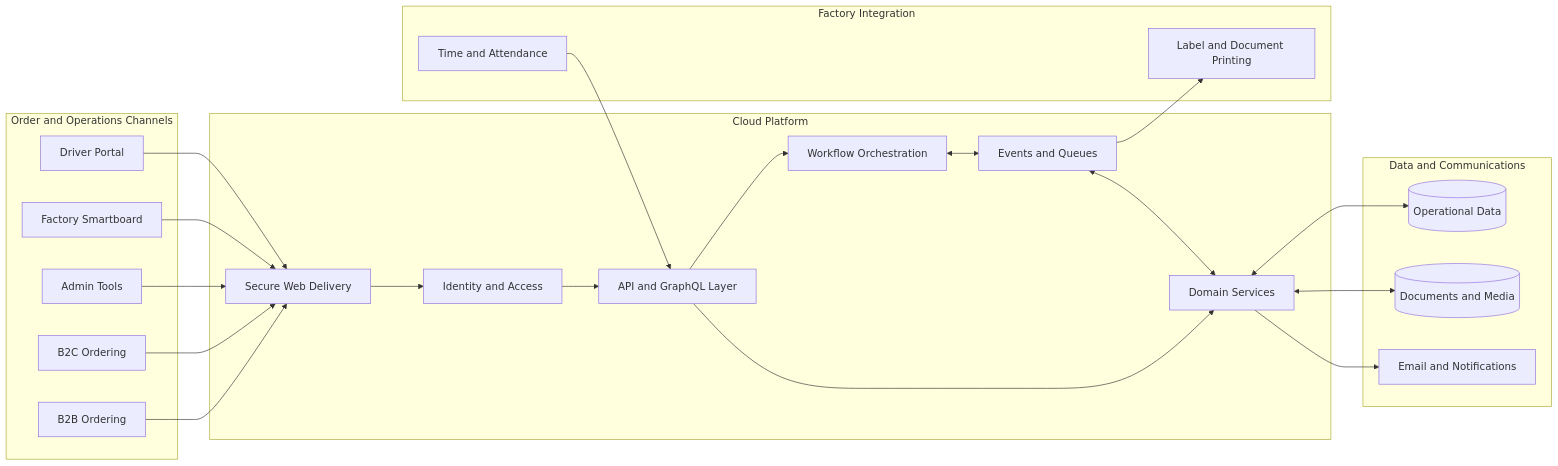
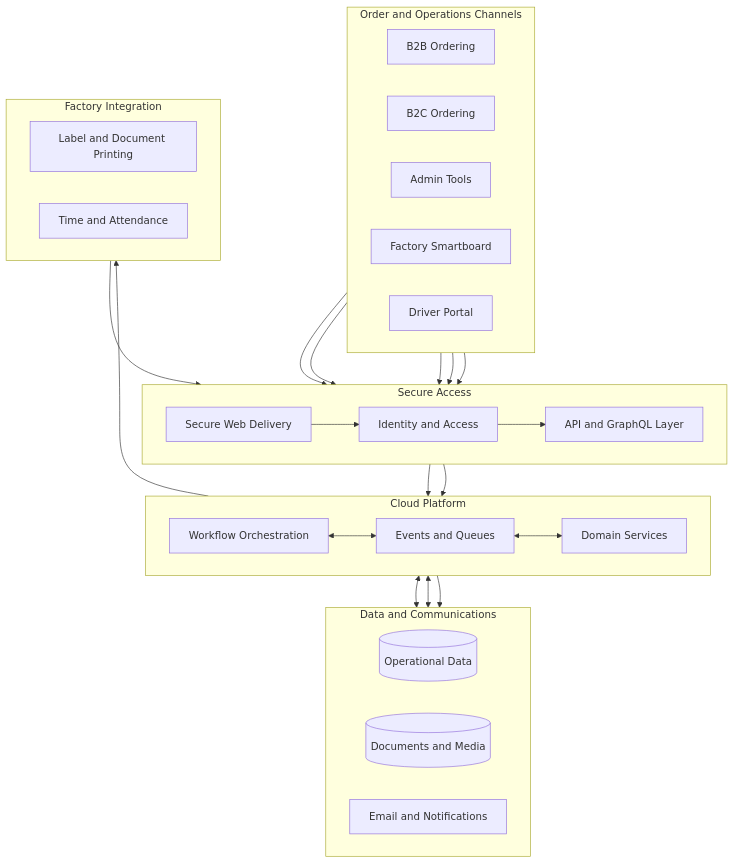
The first of 2 diagrams in README.md (ShuaibSahib2017/meatorderpro-showcase), drawn with Mermaid before and after one commit. The commit also changed other lines of this file, not shown here.

Commit message:
docs: improve diagram readability

````diff
--- a/README.md
+++ b/README.md
@@ -17,47 +17,55 @@
 ```mermaid
-flowchart LR
+flowchart TB
     subgraph Channels[Order and Operations Channels]
+        direction LR
         B2B[B2B Ordering]
         B2C[B2C Ordering]
         ADMIN[Admin Tools]
         FLOOR[Factory Smartboard]
         DRIVER[Driver Portal]
     end
 
-    subgraph Platform[Cloud Platform]
+    subgraph Access[Secure Access]
+        direction LR
         EDGE[Secure Web Delivery]
         AUTH[Identity and Access]
         API[API and GraphQL Layer]
+    end
+
+    subgraph Platform[Cloud Platform]
+        direction LR
         FLOW[Workflow Orchestration]
         EVENTS[Events and Queues]
         SERVICES[Domain Services]
     end
 
     subgraph Data[Data and Communications]
+        direction LR
         DB[(Operational Data)]
         FILES[(Documents and Media)]
         NOTIFY[Email and Notifications]
     end
 
     subgraph Factory[Factory Integration]
+        direction LR
         PRINT[Label and Document Printing]
         CLOCK[Time and Attendance]
     end
 
     B2B --> EDGE
     B2C --> EDGE
     ADMIN --> EDGE
     FLOOR --> EDGE
     DRIVER --> EDGE
     EDGE --> AUTH
     AUTH --> API
     API --> FLOW
     API --> SERVICES
     FLOW <--> EVENTS
     EVENTS <--> SERVICES
     SERVICES <--> DB
     SERVICES <--> FILES
     SERVICES --> NOTIFY
     EVENTS --> PRINT
     CLOCK --> API
 ```
````
